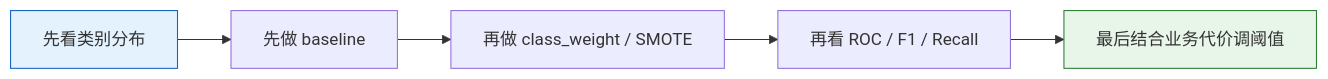
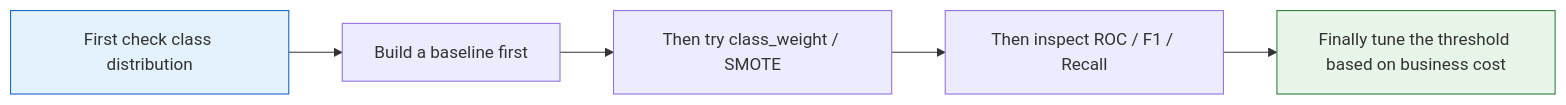
Before and after one commit to oudbiao/AI-fullstack-course: the diagram in docs/ch05-machine-learning/ch06-projects/02-customer-churn.md, drawn with Mermaid. The commit also changed other lines of this file and 1406 other files, not shown here.

````diff
--- a/docs/ch05-machine-learning/ch06-projects/02-customer-churn.md
+++ b/docs/ch05-machine-learning/ch06-projects/02-customer-churn.md
@@ -50,10 +50,10 @@
 ```mermaid
 flowchart LR
-    A["先看类别分布"] --> B["先做 baseline"]
-    B --> C["再做 class_weight / SMOTE"]
-    C --> D["再看 ROC / F1 / Recall"]
-    D --> E["最后结合业务代价调阈值"]
+    A["First check class distribution"] --> B["Build a baseline first"]
+    B --> C["Then try class_weight / SMOTE"]
+    C --> D["Then inspect ROC / F1 / Recall"]
+    D --> E["Finally tune the threshold based on business cost"]
 
     style A fill:#e3f2fd,stroke:#1565c0,color:#333
     style E fill:#e8f5e9,stroke:#2e7d32,color:#333
 ```
````
